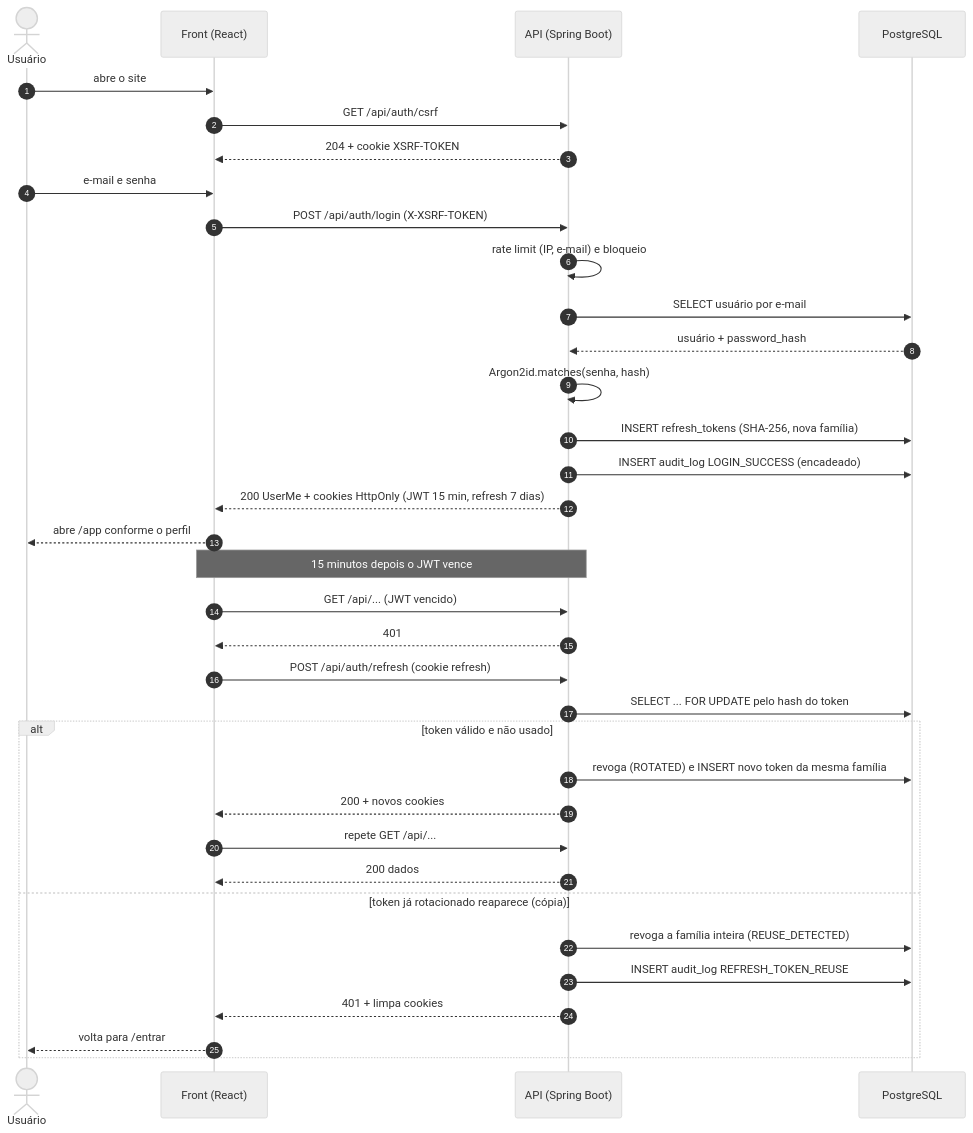
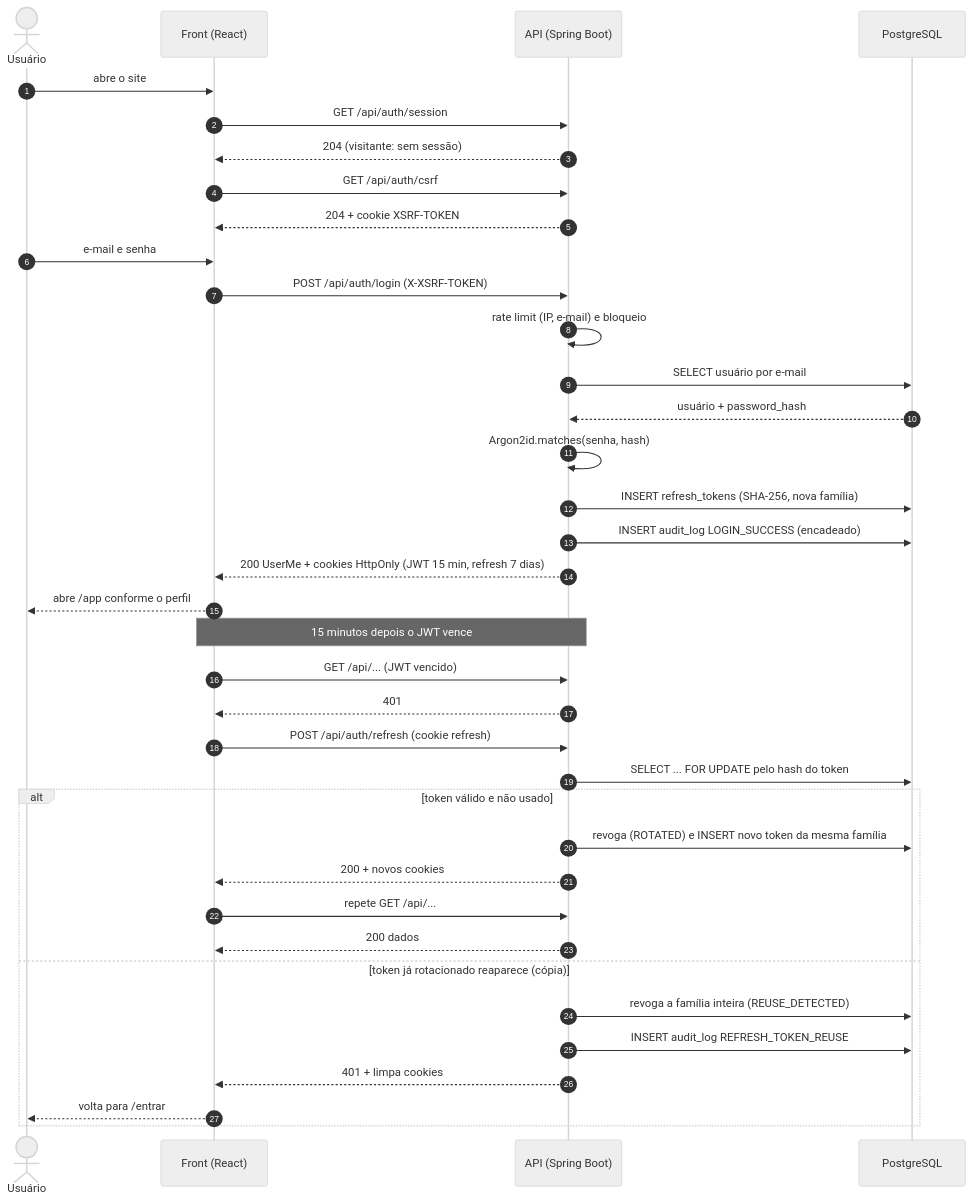
Before and after one commit to Leandro-Rafael/ExpoTech2.0_2026: the diagram in docs/diagramas/src/seq-login-refresh.mmd, drawn with Mermaid (neutral theme). The commit also changed 84 other files, not shown here.

Commit message:
Documentação final (diagramas re-renderizados), caminhão com portas traseiras na landing, cache de estáticos e iniciar.bat

```diff
--- a/docs/diagramas/src/seq-login-refresh.mmd
+++ b/docs/diagramas/src/seq-login-refresh.mmd
@@ -1,37 +1,39 @@
 sequenceDiagram
     autonumber
     actor U as Usuário
     participant F as Front (React)
     participant A as API (Spring Boot)
     participant D as PostgreSQL
 
     U->>F: abre o site
+    F->>A: GET /api/auth/session
+    A-->>F: 204 (visitante: sem sessão)
     F->>A: GET /api/auth/csrf
     A-->>F: 204 + cookie XSRF-TOKEN
     U->>F: e-mail e senha
     F->>A: POST /api/auth/login (X-XSRF-TOKEN)
     A->>A: rate limit (IP, e-mail) e bloqueio
     A->>D: SELECT usuário por e-mail
     D-->>A: usuário + password_hash
     A->>A: Argon2id.matches(senha, hash)
     A->>D: INSERT refresh_tokens (SHA-256, nova família)
     A->>D: INSERT audit_log LOGIN_SUCCESS (encadeado)
     A-->>F: 200 UserMe + cookies HttpOnly (JWT 15 min, refresh 7 dias)
     F-->>U: abre /app conforme o perfil
 
     Note over F,A: 15 minutos depois o JWT vence
     F->>A: GET /api/... (JWT vencido)
     A-->>F: 401
     F->>A: POST /api/auth/refresh (cookie refresh)
     A->>D: SELECT ... FOR UPDATE pelo hash do token
     alt token válido e não usado
         A->>D: revoga (ROTATED) e INSERT novo token da mesma família
         A-->>F: 200 + novos cookies
         F->>A: repete GET /api/...
         A-->>F: 200 dados
     else token já rotacionado reaparece (cópia)
         A->>D: revoga a família inteira (REUSE_DETECTED)
         A->>D: INSERT audit_log REFRESH_TOKEN_REUSE
         A-->>F: 401 + limpa cookies
         F-->>U: volta para /entrar
     end
```
